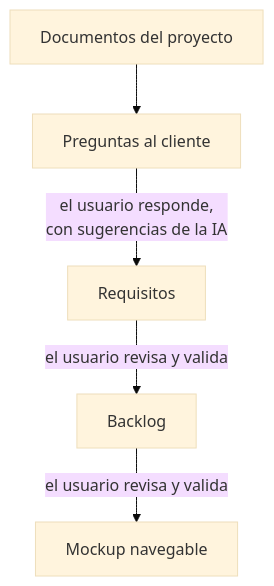
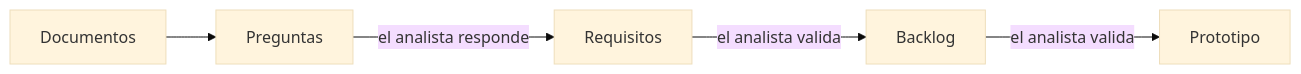
One commit to carlosalejoss/Concilia changed the diagram in README.md. Above: the diagram before and after it, drawn with Mermaid (base theme). The commit also changed other lines of this file and 2 other files, not shown here.

````diff
--- a/README.md
+++ b/README.md
@@ -19,7 +13,7 @@
 ```mermaid
-flowchart TD
-    D[Documentos del proyecto] --> P[Preguntas al cliente]
-    P -->|el usuario responde,<br/>con sugerencias de la IA| R[Requisitos]
-    R -->|el usuario revisa y valida| B[Backlog]
-    B -->|el usuario revisa y valida| M[Mockup navegable]
+flowchart LR
+    D[Documentos] --> P[Preguntas]
+    P -->|el analista responde| R[Requisitos]
+    R -->|el analista valida| B[Backlog]
+    B -->|el analista valida| M[Prototipo]
 ```
````
